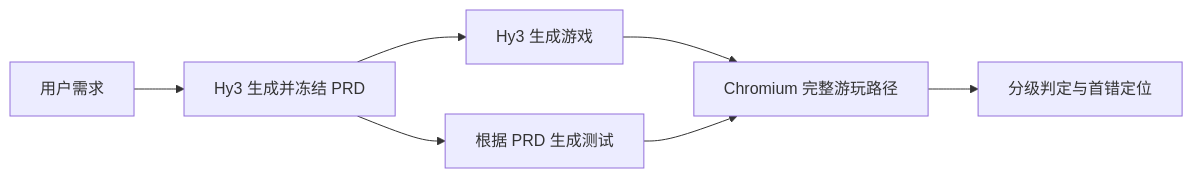
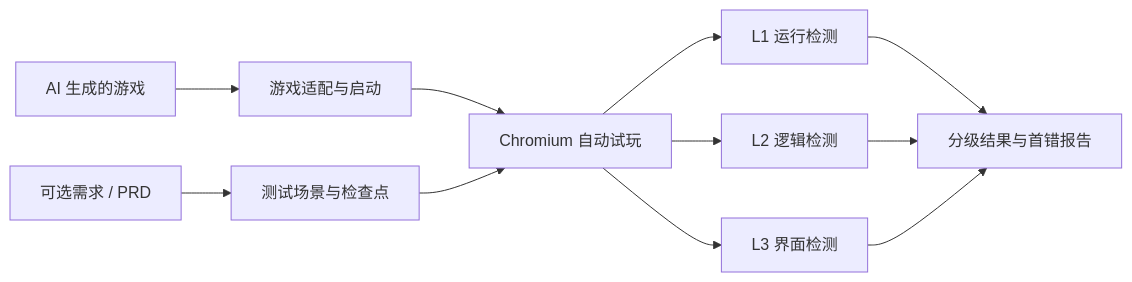
Before and after one commit to yu-xin-c/hy3-game-test-lab: the diagram in README.md, drawn with Mermaid. The commit also changed other lines of this file and 65 other files, not shown here.

````diff
--- a/README.md
+++ b/README.md
@@ -11,9 +13,13 @@
 ```mermaid
 flowchart LR
-  A["用户需求"] --> B["Hy3 生成并冻结 PRD"]
-  B --> C["Hy3 生成游戏"]
-  B --> D["根据 PRD 生成测试"]
-  C --> E["Chromium 完整游玩路径"]
-  D --> E
-  E --> F["分级判定与首错定位"]
+  A["AI 生成的游戏"] --> B["游戏适配与启动"]
+  S["可选需求 / PRD"] --> C["测试场景与检查点"]
+  B --> D["Chromium 自动试玩"]
+  C --> D
+  D --> E["L1 运行检测"]
+  D --> F["L2 逻辑检测"]
+  D --> G["L3 界面检测"]
+  E --> H["分级结果与首错报告"]
+  F --> H
+  G --> H
 ```
````
